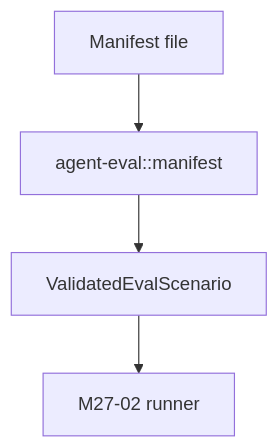
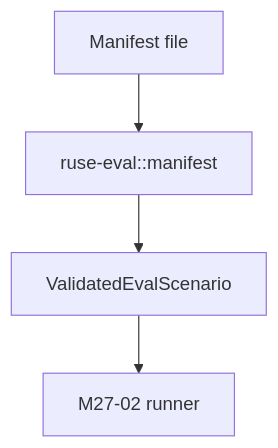
The diagram in docs/specs/M27-01-scenario-manifest-contracts.spec.md (poneding/agent), drawn with Mermaid before and after one commit. The commit also changed other lines of this file and 2091 other files, not shown here.

First line of the commit message:
refactor: rename agent branding to ruse

````diff
--- a/docs/specs/M27-01-scenario-manifest-contracts.spec.md
+++ b/docs/specs/M27-01-scenario-manifest-contracts.spec.md
@@ -32,6 +32,6 @@
 ```mermaid
 flowchart TD
-  Raw["Manifest file"] --> Manifest["agent-eval::manifest"]
+  Raw["Manifest file"] --> Manifest["ruse-eval::manifest"]
   Manifest --> Validated["ValidatedEvalScenario"]
   Validated --> Runner["M27-02 runner"]
 ```
````
